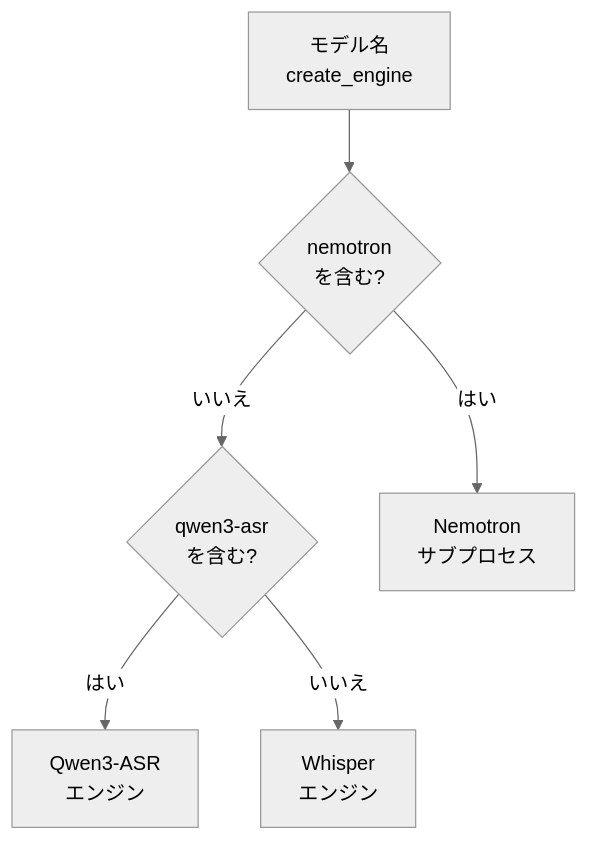
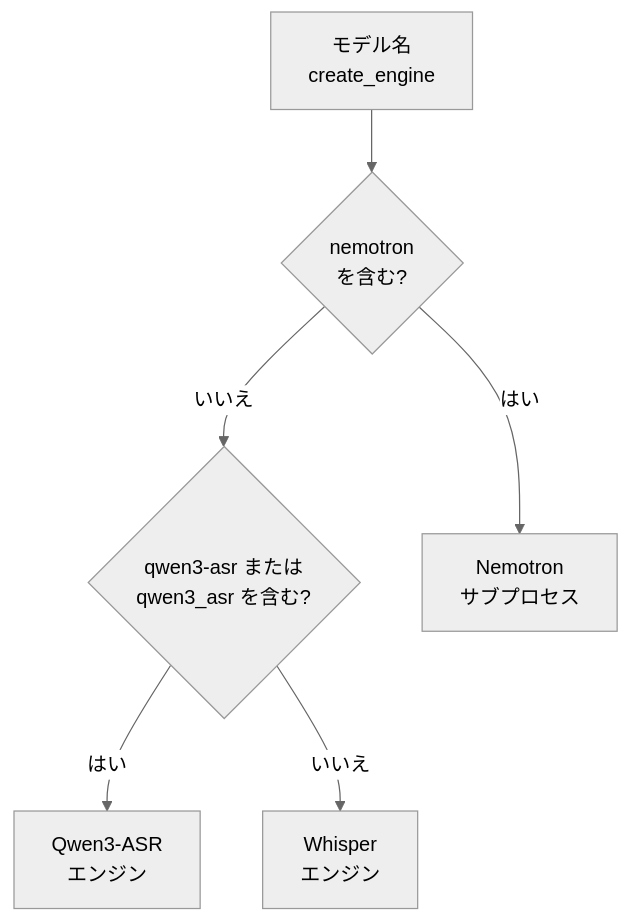
One commit to abem/tc changed the diagram in docs/figures/overview_engines.mmd. Above: the diagram before and after it, drawn with Mermaid (neutral theme). The commit also changed 15 other files, not shown here.

```diff
--- a/docs/figures/overview_engines.mmd
+++ b/docs/figures/overview_engines.mmd
@@ -1,12 +1,12 @@
 flowchart TD
   M["モデル名<br/>create_engine"]
   Q1{"nemotron<br/>を含む?"}
-  Q2{"qwen3-asr<br/>を含む?"}
+  Q2{"qwen3-asr または<br/>qwen3_asr を含む?"}
   NE["Nemotron<br/>サブプロセス"]
   QE["Qwen3-ASR<br/>エンジン"]
   WE["Whisper<br/>エンジン"]
   M --> Q1
   Q1 -->|"はい"| NE
   Q1 -->|"いいえ"| Q2
   Q2 -->|"はい"| QE
   Q2 -->|"いいえ"| WE
```
